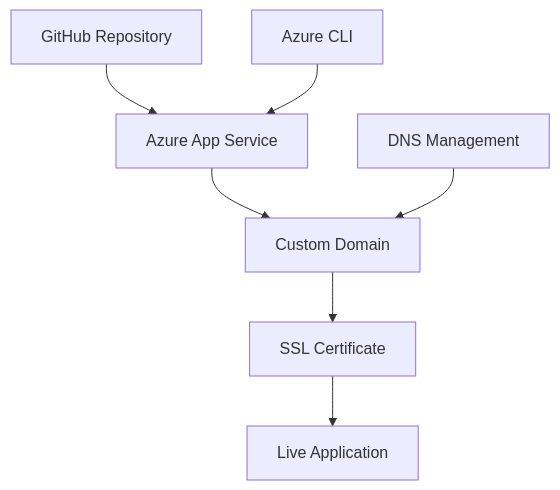
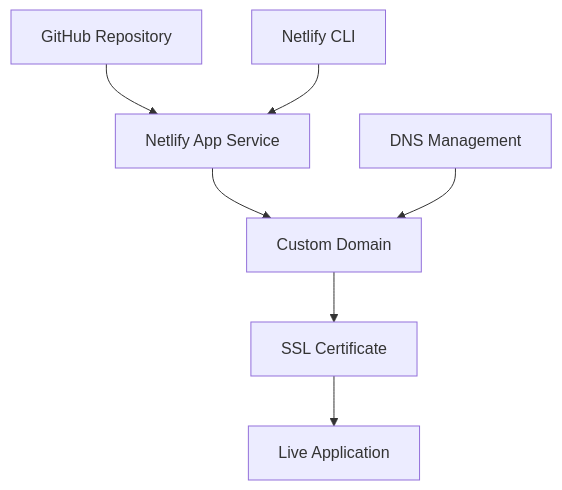
Before and after one commit to Aryanjstar/Aryan-Portfolio-Clean: the diagram in README.md, drawn with Mermaid. The commit also changed other lines of this file, not shown here.

````diff
--- a/README.md
+++ b/README.md
@@ -49,9 +144,9 @@
 ```mermaid
 graph TB
-    A[GitHub Repository] --> B[Azure App Service]
+    A[GitHub Repository] --> B[Netlify App Service]
     B --> C[Custom Domain]
     C --> D[SSL Certificate]
     D --> E[Live Application]
     F[DNS Management] --> C
-    G[Azure CLI] --> B
+    G[Netlify CLI] --> B
 ```
````
